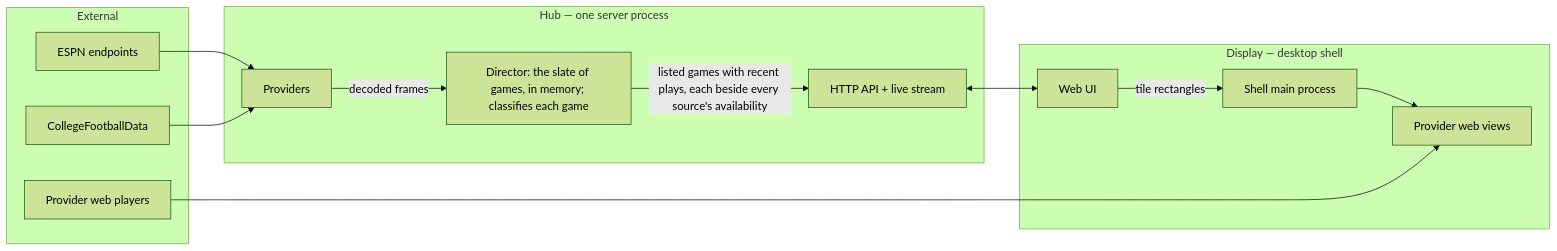
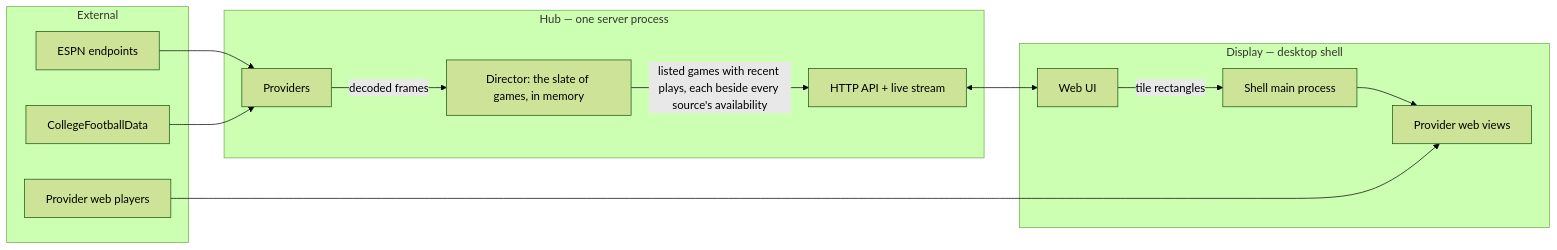
One commit to Chazzychouse/sportal changed the diagram in docs/technical-spec.md. Above: the diagram before and after it, drawn with Mermaid (forest theme). The commit also changed other lines of this file and 36 other files, not shown here.

````diff
--- a/docs/technical-spec.md
+++ b/docs/technical-spec.md
@@ -56,28 +56,28 @@
 ```mermaid
 flowchart LR
   subgraph ext[External]
     espn[ESPN endpoints]
     cfbd[CollegeFootballData]
     yttv[Provider web players]
   end
 
   subgraph hub[Hub — one server process]
     prov[Providers]
-    director[Director: the slate of games, in memory; classifies each game]
+    director[Director: the slate of games, in memory]
     api[HTTP API + live stream]
   end
 
   subgraph display[Display — desktop shell]
     ui1[Web UI]
     main[Shell main process]
     views[Provider web views]
   end
 
   espn --> prov
   cfbd --> prov
   prov -- decoded frames --> director
   director -- listed games with recent plays, each beside every source's availability --> api
   api <--> ui1
   ui1 -- tile rectangles --> main --> views
   yttv --> views
 ```
````
